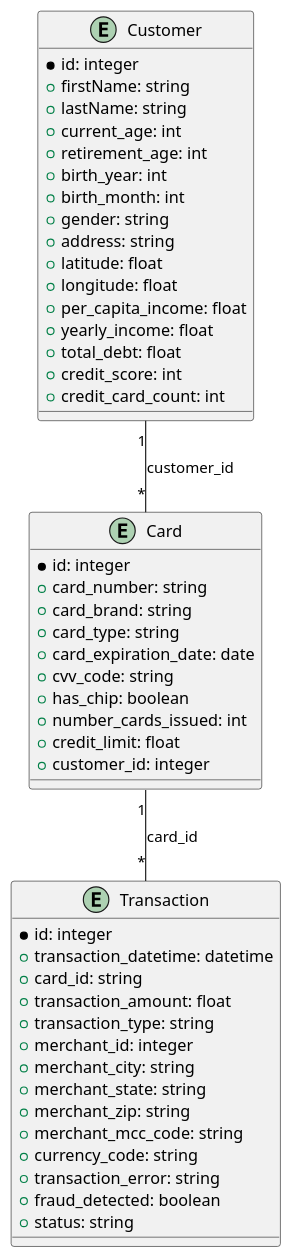
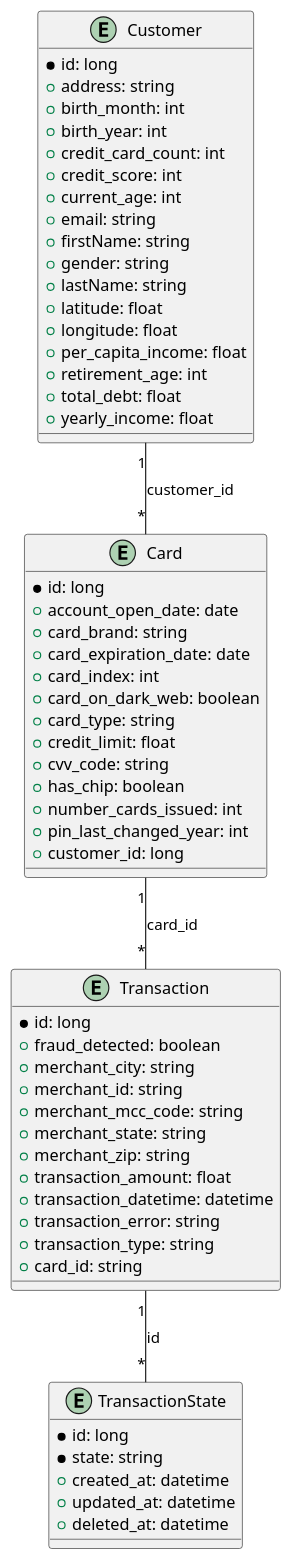
Before and after one commit to reidlai/cp630-final-project: the diagram in diagrams/payment_request_store.puml, drawn with PlantUML. The commit also changed 63 other files, not shown here.

```diff
--- a/diagrams/payment_request_store.puml
+++ b/diagrams/payment_request_store.puml
@@ -1,55 +1,65 @@
 @startuml ' Define entities 
 entity "Customer" as customer { 
-  * id: integer
+  * id: long
+  + address: string
+  + birth_month: int
+  + birth_year: int
+  + credit_card_count: int
+  + credit_score: int
+  + current_age: int 
+  + email: string
   + firstName: string 
+  + gender: string 
   + lastName: string
-  + current_age: int 
-  + retirement_age: int
-  + birth_year: int
-  + birth_month: int
-  + gender: string 
-  + address: string
   + latitude: float
   + longitude: float
   + per_capita_income: float
+  + retirement_age: int
+  + total_debt: float
   + yearly_income: float
-  + total_debt: float
-  + credit_score: int
-  + credit_card_count: int
 }
 
 entity "Card" as card { 
-  * id: integer 
-  + card_number: string 
+  * id: long
+  + account_open_date: date
   + card_brand: string
+  + card_expiration_date: date
+  + card_index: int
+  + card_on_dark_web: boolean
   + card_type: string
-  + card_expiration_date: date
+  + credit_limit: float
   + cvv_code: string 
   + has_chip: boolean
   + number_cards_issued: int
-  + credit_limit: float
-  + customer_id: integer 
+  + pin_last_changed_year: int
+  + customer_id: long
 }
 
 entity "Transaction" as transaction { 
-  * id: integer
-  + transaction_datetime: datetime 
-  + card_id: string
-  + transaction_amount: float 
-  + transaction_type: string
-  + merchant_id: integer
+  * id: long
+  + fraud_detected: boolean
   + merchant_city: string
+  + merchant_id: string
+  + merchant_mcc_code: string
   + merchant_state: string
   + merchant_zip: string
-  + merchant_mcc_code: string
-  + currency_code: string 
+  + transaction_amount: float 
+  + transaction_datetime: datetime 
   + transaction_error: string 
-  + fraud_detected: boolean
-  + status: string
+  + transaction_type: string
+  + card_id: string
 }
 
+entity "TransactionState" as transactionState { 
+  * id: long
+  * state: string
+  + created_at: datetime
+  + updated_at: datetime
+  + deleted_at: datetime
+}
 
 customer "1" -- "*" card: customer_id
 card "1" -- "*" transaction: card_id
+transaction "1" -- "*" transactionState: id
 
 @enduml
```
